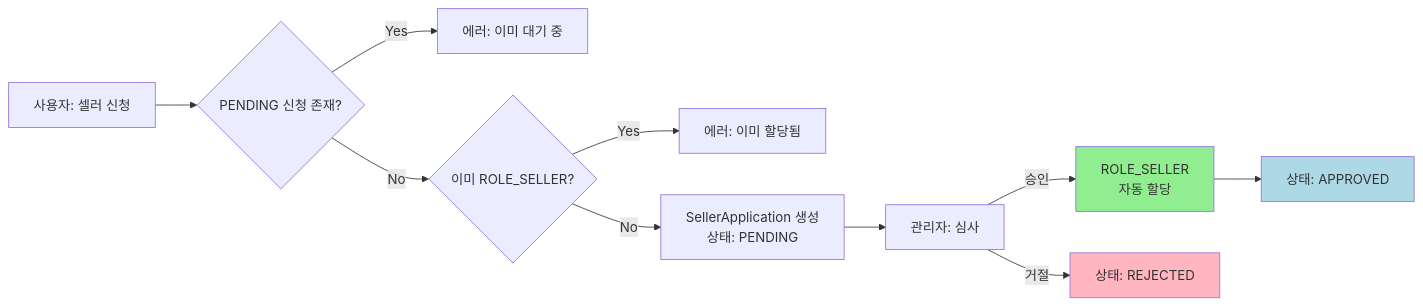
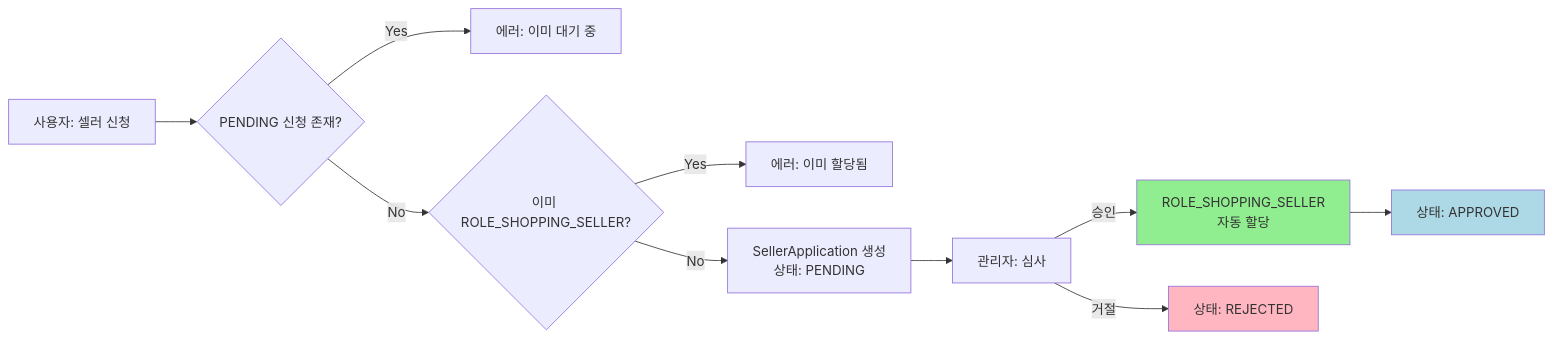
One commit to L-a-z-e/portal-universe changed the sixth of 8 diagrams in docs/architecture/auth-service/security-mechanisms.md. Above: the diagram before and after it, drawn with Mermaid. The commit also changed other lines of this file and 108 other files, not shown here.

````diff
--- a/docs/architecture/auth-service/security-mechanisms.md
+++ b/docs/architecture/auth-service/security-mechanisms.md
@@ -553,18 +554,18 @@
 ```mermaid
 flowchart LR
     A[사용자: 셀러 신청] --> B{PENDING 신청 존재?}
     B -->|Yes| C[에러: 이미 대기 중]
-    B -->|No| D{이미 ROLE_SELLER?}
+    B -->|No| D{이미 ROLE_SHOPPING_SELLER?}
     D -->|Yes| E[에러: 이미 할당됨]
     D -->|No| F[SellerApplication 생성<br/>상태: PENDING]
 
     F --> G[관리자: 심사]
-    G -->|승인| H[ROLE_SELLER<br/>자동 할당]
+    G -->|승인| H[ROLE_SHOPPING_SELLER<br/>자동 할당]
     G -->|거절| I[상태: REJECTED]
 
     H --> J[상태: APPROVED]
 
     style H fill:#90EE90
     style I fill:#FFB6C1
     style J fill:#ADD8E6
 ```
````
